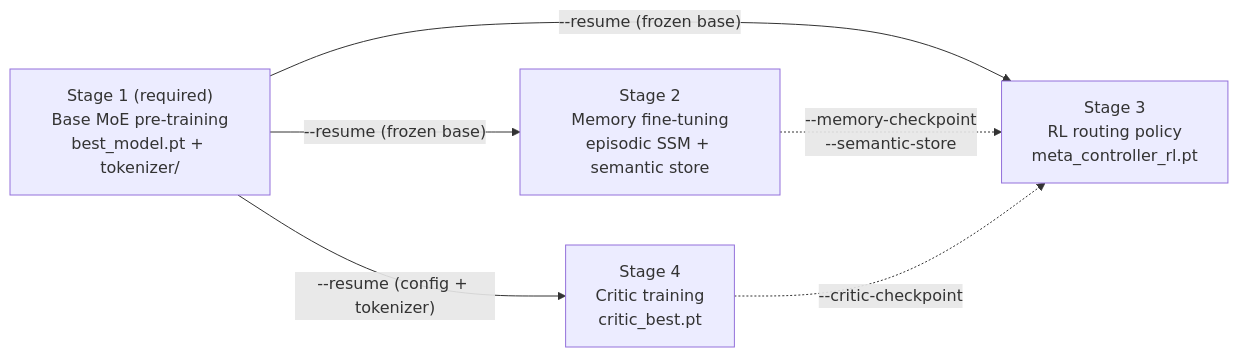
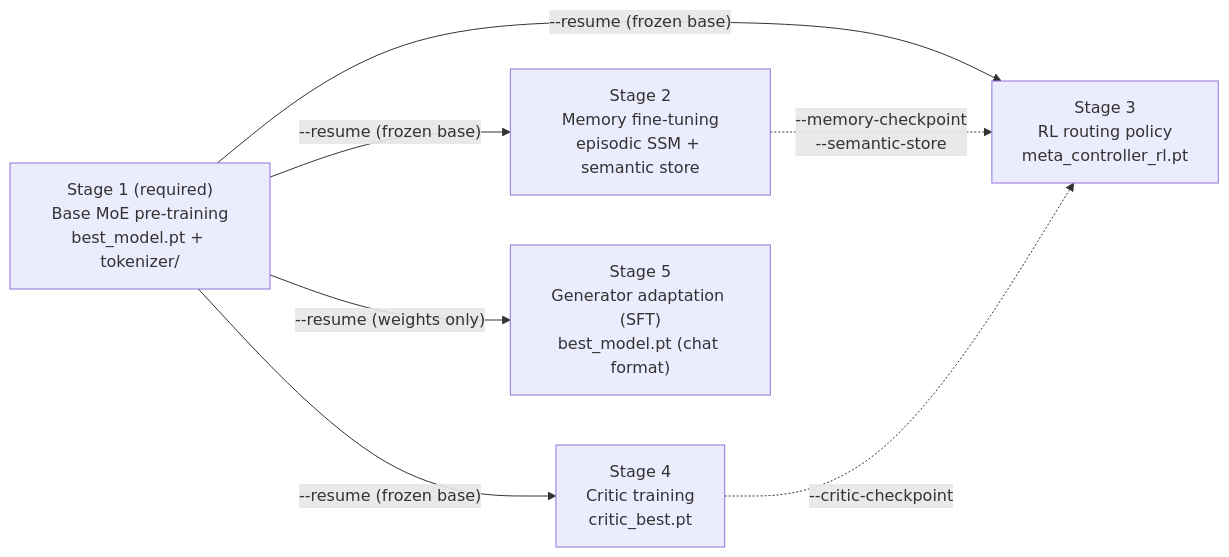
The diagram in README.md (webpolis/mantis), drawn with Mermaid before and after one commit. The commit also changed other lines of this file and 45 other files, not shown here.

Commit message:
feat: complete MANTIS architecture reliability overhaul

````diff
--- a/README.md
+++ b/README.md
@@ -44,12 +46,14 @@
 ```mermaid
 flowchart LR
     S1["Stage 1 (required)<br/>Base MoE pre-training<br/>best_model.pt + tokenizer/"]
     S2["Stage 2<br/>Memory fine-tuning<br/>episodic SSM + semantic store"]
     S4["Stage 4<br/>Critic training<br/>critic_best.pt"]
     S3["Stage 3<br/>RL routing policy<br/>meta_controller_rl.pt"]
+    S5["Stage 5<br/>Generator adaptation (SFT)<br/>best_model.pt (chat format)"]
     S1 -- "--resume (frozen base)" --> S2
-    S1 -- "--resume (config + tokenizer)" --> S4
+    S1 -- "--resume (frozen base)" --> S4
     S1 -- "--resume (frozen base)" --> S3
+    S1 -- "--resume (weights only)" --> S5
     S2 -. "--memory-checkpoint<br/>--semantic-store" .-> S3
     S4 -. "--critic-checkpoint" .-> S3
 ```
````
